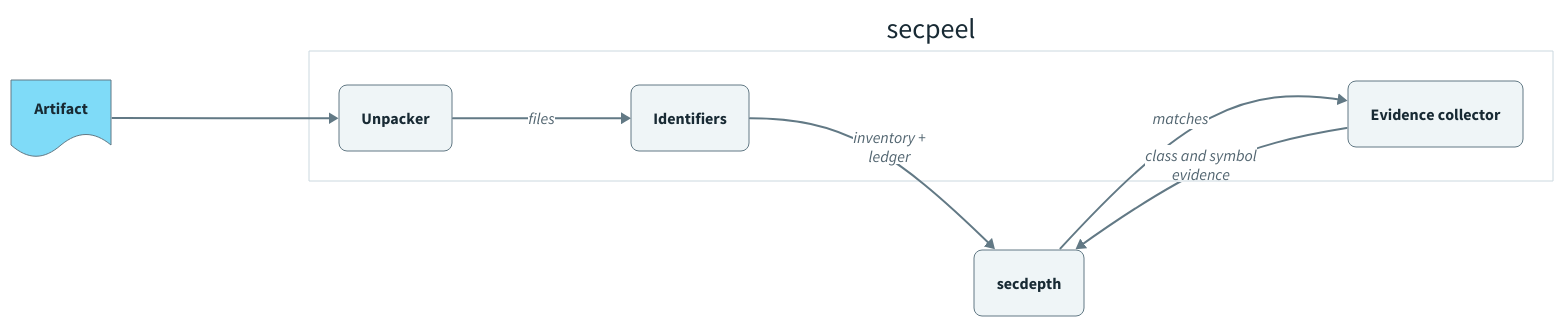
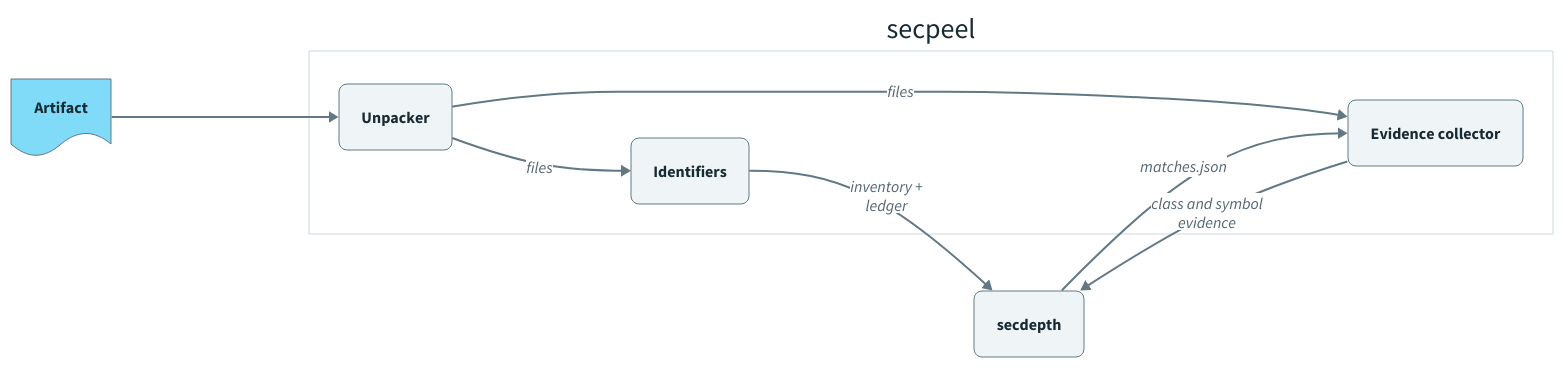
The diagram in docs/diagrams/scan-flow.d2 (kobaltoxid/secpeel), drawn with D2 before and after one commit. The commit also changed 6 other files, not shown here.

```diff
--- a/docs/diagrams/scan-flow.d2
+++ b/docs/diagrams/scan-flow.d2
@@ -1,73 +1,74 @@
 direction: right
 
 vars: {
   d2-config: {
     theme-id: 3
     dark-theme-id: 200
     theme-overrides: {
       B1: "#627985"
       B3: "#EFF5F7"
       B4: "#EFF5F7"
       B5: "#EFF5F7"
       B6: "#EFF5F7"
       AA5: "#EFF5F7"
       N1: "#182A34"
       N2: "#526570"
     }
     dark-theme-overrides: {
       B1: "#8FA6B0"
       B3: "#26383F"
       B4: "#26383F"
       B5: "#26383F"
       B6: "#26383F"
       AA5: "#26383F"
       N1: "#EDF3F5"
       N2: "#BAC8CE"
     }
   }
 }
 
 classes: {
   component: {
     style: {
       border-radius: 8
       stroke-width: 1
     }
   }
   boundary: {
     style: {
       fill: transparent
       stroke: "#CBD8DF"
       stroke-width: 1
     }
   }
 }
 
 artifact: Artifact {
   shape: document
   class: component
 }
 
 bsca: {
   label: secpeel
   class: boundary
   unpack: Unpacker {
     class: component
   }
   identify: Identifiers {
     class: component
   }
   evidence: Evidence collector {
     class: component
   }
   unpack -> identify: files
+  unpack -> evidence: files
 }
 
 secdepth: secdepth {
   class: component
 }
 
 artifact -> bsca.unpack
 bsca.identify -> secdepth: "inventory +\nledger"
-secdepth -> bsca.evidence: matches
+secdepth -> bsca.evidence: matches.json
 bsca.evidence -> secdepth: "class and symbol\nevidence"
```
